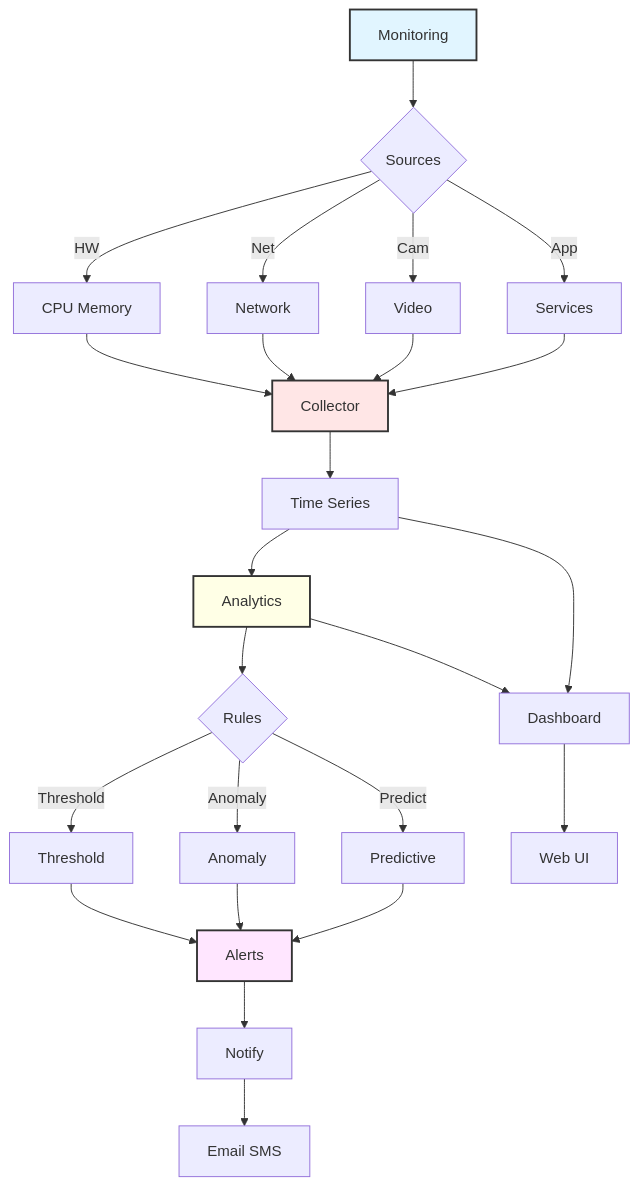
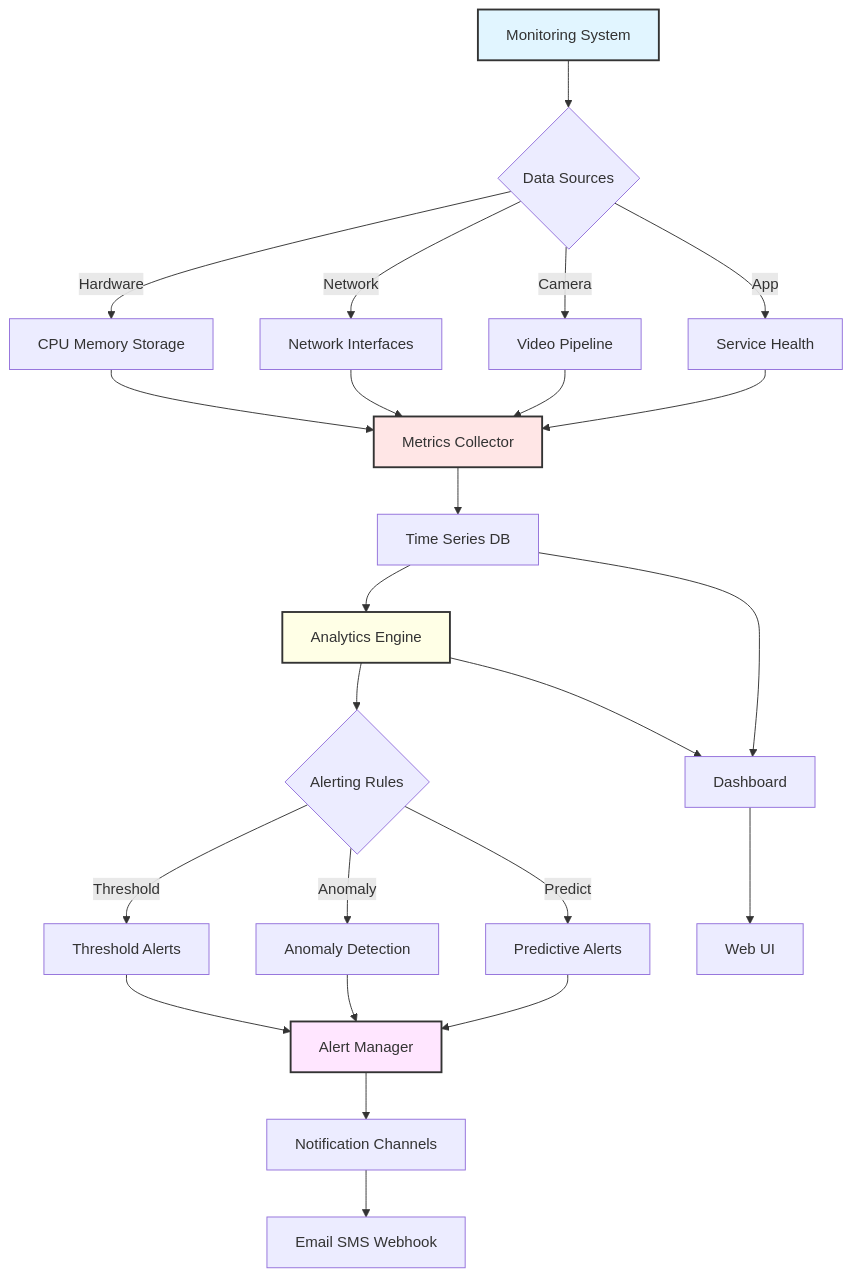
The diagram in docs/operations/monitoring.md (JayeshKakkad-Rotoclear/Rotoclear-C-Pro-Docs), drawn with Mermaid before and after one commit. The commit also changed 12 other files, not shown here.

Commit message:
Fix all Mermaid diagrams with proper complete labels - Fixed text bundling issues by using proper full labels - Removed overly abbreviated text that caused code formatting - All node labels now properly display without being truncated - Maintained readability while ensuring proper Mermaid parsing

````diff
--- a/docs/operations/monitoring.md
+++ b/docs/operations/monitoring.md
@@ -9,38 +9,38 @@
 ```mermaid
 graph TB
-    A[Monitoring] --> B{Sources}
+    A[Monitoring System] --> B{Data Sources}
     
-    B -->|HW| C[CPU Memory]
-    B -->|Net| D[Network]
-    B -->|Cam| E[Video]
-    B -->|App| F[Services]
+    B -->|Hardware| C[CPU Memory Storage]
+    B -->|Network| D[Network Interfaces]
+    B -->|Camera| E[Video Pipeline]
+    B -->|App| F[Service Health]
     
-    C --> G[Collector]
+    C --> G[Metrics Collector]
     D --> G
     E --> G
     F --> G
     
-    G --> H[Time Series]
-    H --> I[Analytics]
+    G --> H[Time Series DB]
+    H --> I[Analytics Engine]
     
-    I --> J{Rules}
-    J -->|Threshold| K[Threshold]
-    J -->|Anomaly| L[Anomaly]
-    J -->|Predict| M[Predictive]
+    I --> J{Alerting Rules}
+    J -->|Threshold| K[Threshold Alerts]
+    J -->|Anomaly| L[Anomaly Detection]
+    J -->|Predict| M[Predictive Alerts]
     
-    K --> N[Alerts]
+    K --> N[Alert Manager]
     L --> N
     M --> N
     
-    N --> O[Notify]
-    O --> P[Email SMS]
+    N --> O[Notification Channels]
+    O --> P[Email SMS Webhook]
     
     H --> Q[Dashboard]
     I --> Q
     Q --> R[Web UI]
     
     style A fill:#e1f5ff,stroke:#333,stroke-width:2px
     style G fill:#ffe6e6,stroke:#333,stroke-width:2px
     style I fill:#ffffe6,stroke:#333,stroke-width:2px
     style N fill:#ffe6ff,stroke:#333,stroke-width:2px
 ```
````
